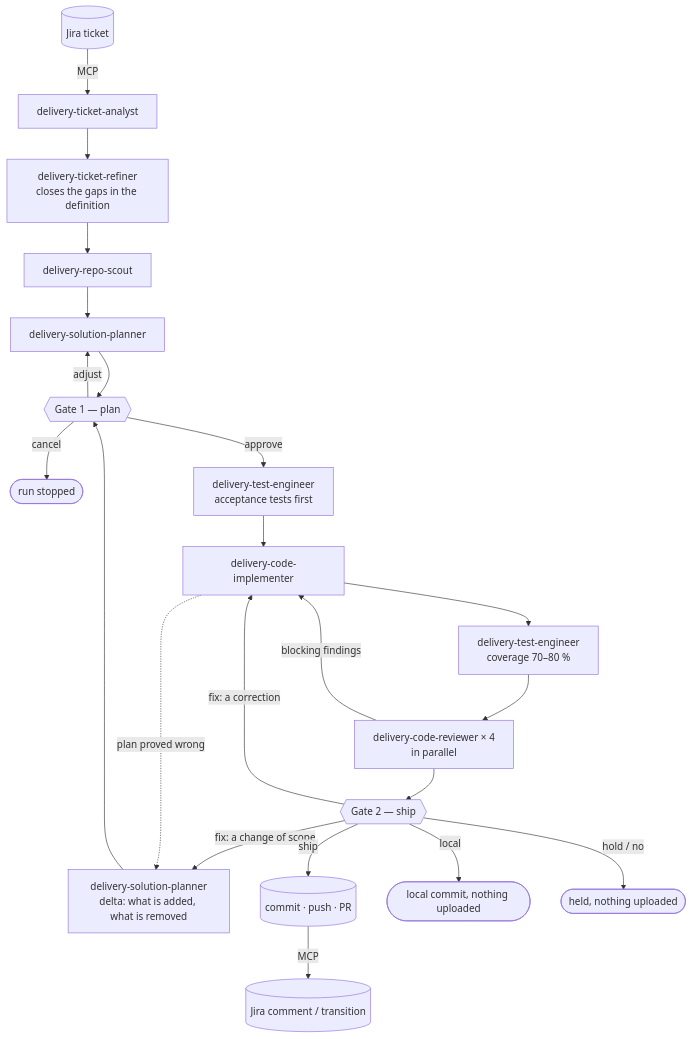
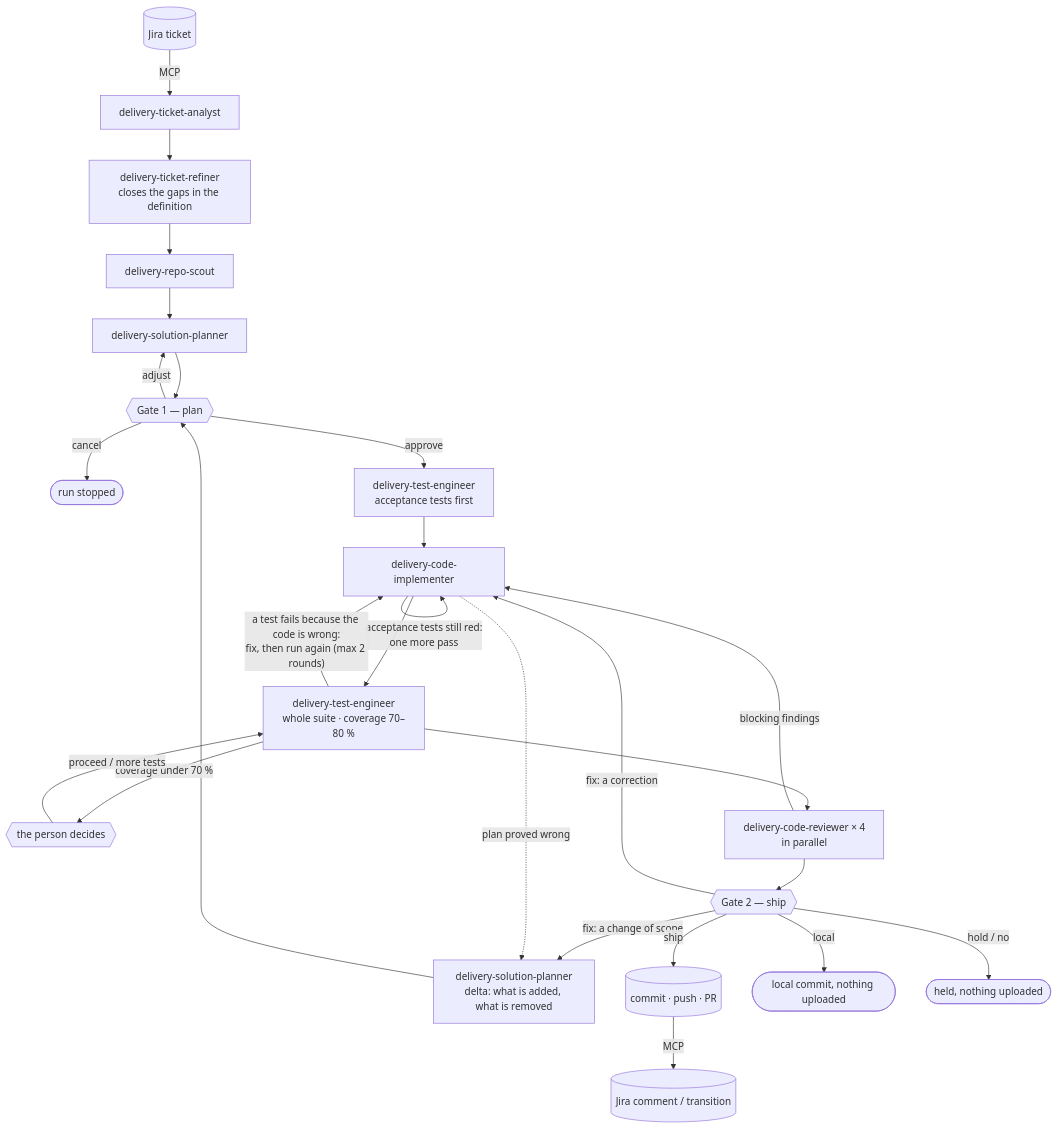
The diagram in README.md (grananda/ai-enabler), drawn with Mermaid before and after one commit. The commit also changed other lines of this file and 11 other files, not shown here.

````diff
--- a/README.md
+++ b/README.md
@@ -14,24 +14,28 @@
 ```mermaid
 flowchart TD
     J[(Jira ticket)] -->|MCP| A[delivery-ticket-analyst]
     A --> RF["delivery-ticket-refiner<br/>closes the gaps in the definition"]
     RF --> S[delivery-repo-scout]
     S --> P[delivery-solution-planner]
     P --> G1{{"Gate 1 — plan"}}
     G1 -->|adjust| P
     G1 -->|cancel| X([run stopped])
     G1 -->|approve| AT["delivery-test-engineer<br/>acceptance tests first"]
     AT --> I[delivery-code-implementer]
-    I --> T["delivery-test-engineer<br/>coverage 70–80 %"]
+    I -->|"acceptance tests still red:<br/>one more pass"| I
+    I --> T["delivery-test-engineer<br/>whole suite · coverage 70–80 %"]
+    T -->|"a test fails because the code is wrong:<br/>fix, then run again (max 2 rounds)"| I
+    T -->|"coverage under 70 %"| CV{{"the person decides"}}
+    CV -->|"proceed / more tests"| T
     T --> R["delivery-code-reviewer × 4<br/>in parallel"]
     R -->|blocking findings| I
     R --> G2{{"Gate 2 — ship"}}
     G2 -->|"fix: a correction"| I
     G2 -->|"fix: a change of scope"| DL["delivery-solution-planner<br/>delta: what is added, what is removed"]
     I -.->|plan proved wrong| DL
     DL --> G1
     G2 -->|ship| PR[(commit · push · PR)]
     PR -->|MCP| JU[(Jira comment / transition)]
     G2 -->|local| LC([local commit, nothing uploaded])
     G2 -->|"hold / no"| H([held, nothing uploaded])
 ```
````
